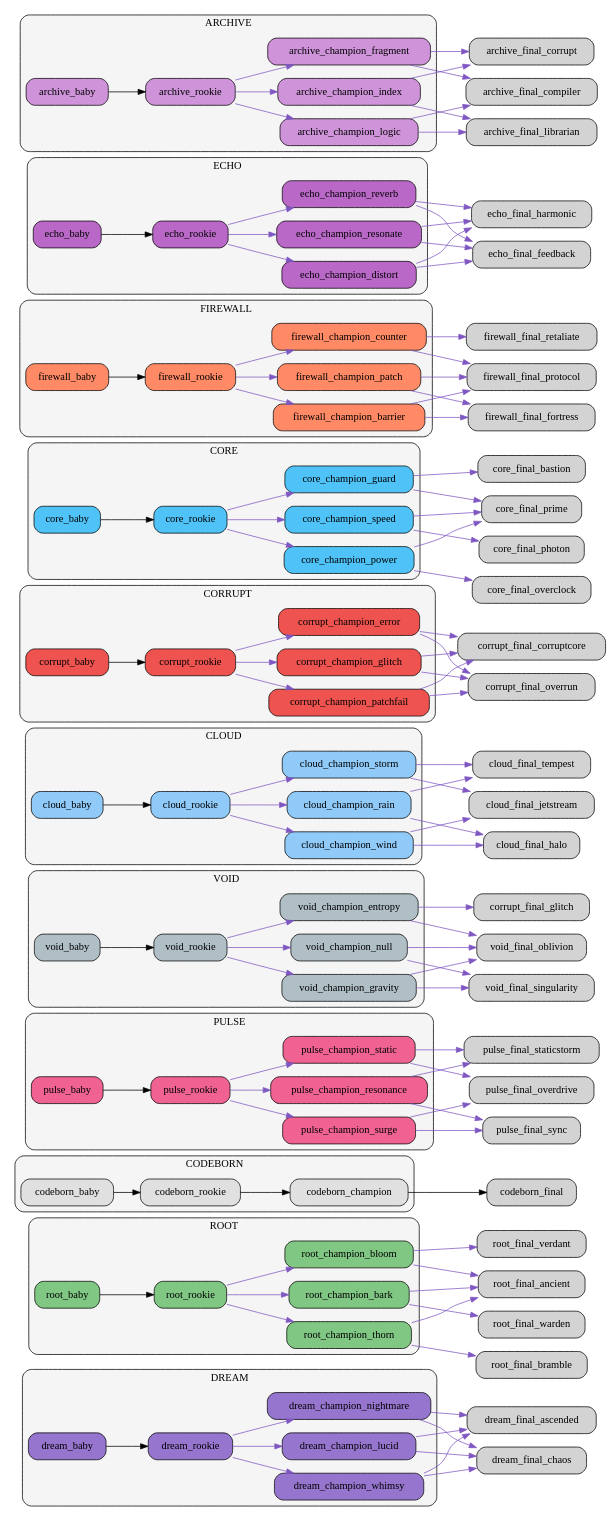
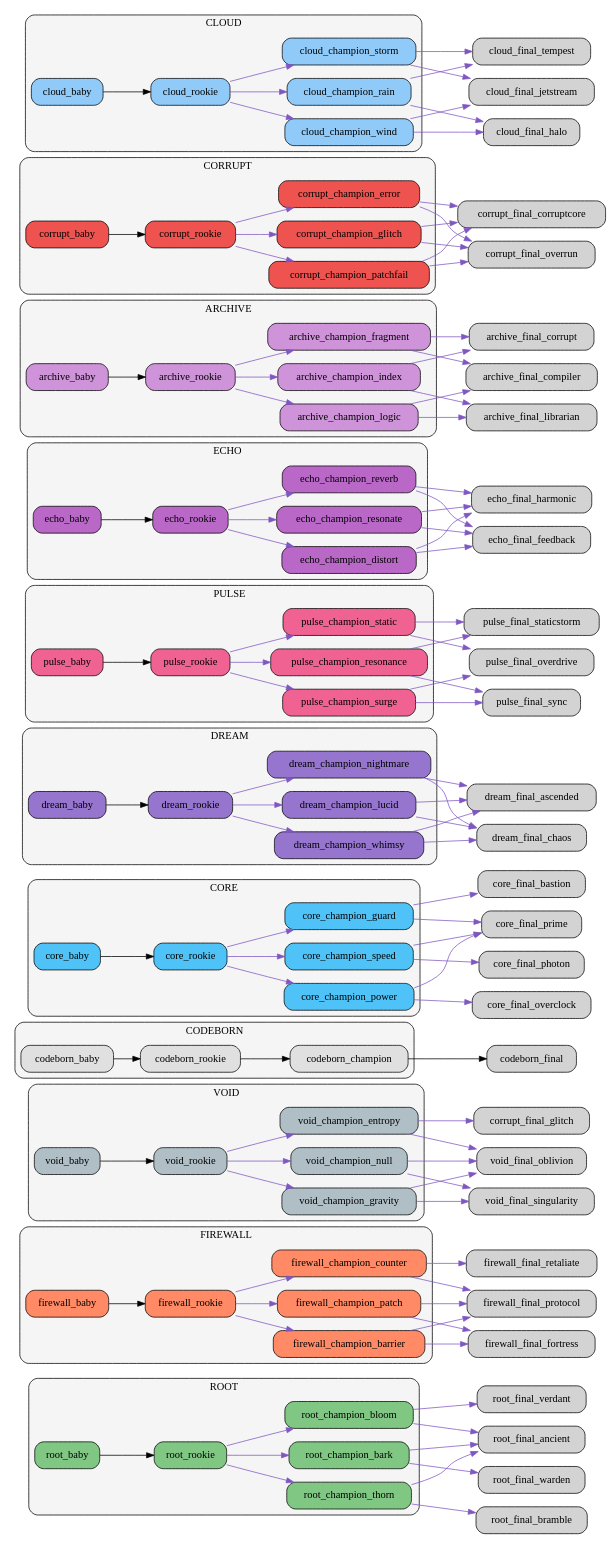
One commit to bwlight/NetGrid changed the diagram in src/netgrid/systems/evolution/graphs/clusters/evolution_clusters.dot. Above: the diagram before and after it, drawn with Graphviz. The commit also changed other lines of this file and 8 other files, not shown here.

Commit message:
Auto-update evolution graphs

```diff
--- a/src/netgrid/systems/evolution/graphs/clusters/evolution_clusters.dot
+++ b/src/netgrid/systems/evolution/graphs/clusters/evolution_clusters.dot
@@ -1,15 +1,6 @@
 digraph EvolutionTree {
   rankdir=LR;
   node [shape=box, style="rounded,filled"];
-  subgraph cluster_dream {
-    label="DREAM";
-    style="rounded,filled"; fillcolor="#f5f5f5";
-    "dream_baby" [fillcolor="#9575cd"];
-    "dream_rookie" [fillcolor="#9575cd"];
-    "dream_champion_lucid" [fillcolor="#9575cd"];
-    "dream_champion_nightmare" [fillcolor="#9575cd"];
-    "dream_champion_whimsy" [fillcolor="#9575cd"];
-  }
   subgraph cluster_root {
     label="ROOT";
     style="rounded,filled"; fillcolor="#f5f5f5";
@@ -19,21 +10,14 @@
     "root_champion_bloom" [fillcolor="#81c784"];
     "root_champion_bark" [fillcolor="#81c784"];
   }
-  subgraph cluster_codeborn {
-    label="CODEBORN";
+  subgraph cluster_firewall {
+    label="FIREWALL";
     style="rounded,filled"; fillcolor="#f5f5f5";
-    "codeborn_baby" [fillcolor="#e0e0e0"];
-    "codeborn_rookie" [fillcolor="#e0e0e0"];
-    "codeborn_champion" [fillcolor="#e0e0e0"];
-  }
-  subgraph cluster_pulse {
-    label="PULSE";
-    style="rounded,filled"; fillcolor="#f5f5f5";
-    "pulse_baby" [fillcolor="#f06292"];
-    "pulse_rookie" [fillcolor="#f06292"];
-    "pulse_champion_surge" [fillcolor="#f06292"];
-    "pulse_champion_resonance" [fillcolor="#f06292"];
-    "pulse_champion_static" [fillcolor="#f06292"];
+    "firewall_baby" [fillcolor="#ff8a65"];
+    "firewall_rookie" [fillcolor="#ff8a65"];
+    "firewall_champion_barrier" [fillcolor="#ff8a65"];
+    "firewall_champion_counter" [fillcolor="#ff8a65"];
+    "firewall_champion_patch" [fillcolor="#ff8a65"];
   }
   subgraph cluster_void {
     label="VOID";
@@ -44,23 +28,12 @@
     "void_champion_gravity" [fillcolor="#b0bec5"];
     "void_champion_null" [fillcolor="#b0bec5"];
   }
-  subgraph cluster_cloud {
-    label="CLOUD";
+  subgraph cluster_codeborn {
+    label="CODEBORN";
     style="rounded,filled"; fillcolor="#f5f5f5";
-    "cloud_baby" [fillcolor="#90caf9"];
-    "cloud_rookie" [fillcolor="#90caf9"];
-    "cloud_champion_wind" [fillcolor="#90caf9"];
-    "cloud_champion_rain" [fillcolor="#90caf9"];
-    "cloud_champion_storm" [fillcolor="#90caf9"];
-  }
-  subgraph cluster_corrupt {
-    label="CORRUPT";
-    style="rounded,filled"; fillcolor="#f5f5f5";
-    "corrupt_baby" [fillcolor="#ef5350"];
-    "corrupt_rookie" [fillcolor="#ef5350"];
-    "corrupt_champion_glitch" [fillcolor="#ef5350"];
-    "corrupt_champion_error" [fillcolor="#ef5350"];
-    "corrupt_champion_patchfail" [fillcolor="#ef5350"];
+    "codeborn_baby" [fillcolor="#e0e0e0"];
+    "codeborn_rookie" [fillcolor="#e0e0e0"];
+    "codeborn_champion" [fillcolor="#e0e0e0"];
   }
   subgraph cluster_core {
     label="CORE";
@@ -71,14 +44,23 @@
     "core_champion_guard" [fillcolor="#4fc3f7"];
     "core_champion_speed" [fillcolor="#4fc3f7"];
   }
-  subgraph cluster_firewall {
-    label="FIREWALL";
+  subgraph cluster_dream {
+    label="DREAM";
     style="rounded,filled"; fillcolor="#f5f5f5";
-    "firewall_baby" [fillcolor="#ff8a65"];
-    "firewall_rookie" [fillcolor="#ff8a65"];
-    "firewall_champion_barrier" [fillcolor="#ff8a65"];
-    "firewall_champion_counter" [fillcolor="#ff8a65"];
-    "firewall_champion_patch" [fillcolor="#ff8a65"];
+    "dream_baby" [fillcolor="#9575cd"];
+    "dream_rookie" [fillcolor="#9575cd"];
+    "dream_champion_lucid" [fillcolor="#9575cd"];
+    "dream_champion_nightmare" [fillcolor="#9575cd"];
+    "dream_champion_whimsy" [fillcolor="#9575cd"];
+  }
+  subgraph cluster_pulse {
+    label="PULSE";
+    style="rounded,filled"; fillcolor="#f5f5f5";
+    "pulse_baby" [fillcolor="#f06292"];
+    "pulse_rookie" [fillcolor="#f06292"];
+    "pulse_champion_surge" [fillcolor="#f06292"];
+    "pulse_champion_resonance" [fillcolor="#f06292"];
+    "pulse_champion_static" [fillcolor="#f06292"];
   }
   subgraph cluster_echo {
     label="ECHO";
@@ -98,6 +80,67 @@
     "archive_champion_index" [fillcolor="#ce93d8"];
     "archive_champion_fragment" [fillcolor="#ce93d8"];
   }
+  subgraph cluster_corrupt {
+    label="CORRUPT";
+    style="rounded,filled"; fillcolor="#f5f5f5";
+    "corrupt_baby" [fillcolor="#ef5350"];
+    "corrupt_rookie" [fillcolor="#ef5350"];
+    "corrupt_champion_glitch" [fillcolor="#ef5350"];
+    "corrupt_champion_error" [fillcolor="#ef5350"];
+    "corrupt_champion_patchfail" [fillcolor="#ef5350"];
+  }
+  subgraph cluster_cloud {
+    label="CLOUD";
+    style="rounded,filled"; fillcolor="#f5f5f5";
+    "cloud_baby" [fillcolor="#90caf9"];
+    "cloud_rookie" [fillcolor="#90caf9"];
+    "cloud_champion_wind" [fillcolor="#90caf9"];
+    "cloud_champion_rain" [fillcolor="#90caf9"];
+    "cloud_champion_storm" [fillcolor="#90caf9"];
+  }
+  "root_baby" -> "root_rookie";
+  "root_rookie" -> "root_champion_thorn" [color="#7e57c2"];
+  "root_rookie" -> "root_champion_bloom" [color="#7e57c2"];
+  "root_rookie" -> "root_champion_bark" [color="#7e57c2"];
+  "root_champion_thorn" -> "root_final_bramble" [color="#7e57c2"];
+  "root_champion_thorn" -> "root_final_ancient" [color="#7e57c2"];
+  "root_champion_bloom" -> "root_final_ancient" [color="#7e57c2"];
+  "root_champion_bloom" -> "root_final_verdant" [color="#7e57c2"];
+  "root_champion_bark" -> "root_final_warden" [color="#7e57c2"];
+  "root_champion_bark" -> "root_final_ancient" [color="#7e57c2"];
+  "firewall_baby" -> "firewall_rookie";
+  "firewall_rookie" -> "firewall_champion_barrier" [color="#7e57c2"];
+  "firewall_rookie" -> "firewall_champion_counter" [color="#7e57c2"];
+  "firewall_rookie" -> "firewall_champion_patch" [color="#7e57c2"];
+  "firewall_champion_barrier" -> "firewall_final_fortress" [color="#7e57c2"];
+  "firewall_champion_barrier" -> "firewall_final_protocol" [color="#7e57c2"];
+  "firewall_champion_counter" -> "firewall_final_retaliate" [color="#7e57c2"];
+  "firewall_champion_counter" -> "firewall_final_protocol" [color="#7e57c2"];
+  "firewall_champion_patch" -> "firewall_final_protocol" [color="#7e57c2"];
+  "firewall_champion_patch" -> "firewall_final_fortress" [color="#7e57c2"];
+  "void_baby" -> "void_rookie";
+  "void_rookie" -> "void_champion_entropy" [color="#7e57c2"];
+  "void_rookie" -> "void_champion_gravity" [color="#7e57c2"];
+  "void_rookie" -> "void_champion_null" [color="#7e57c2"];
+  "void_champion_entropy" -> "corrupt_final_glitch" [color="#7e57c2"];
+  "void_champion_entropy" -> "void_final_oblivion" [color="#7e57c2"];
+  "void_champion_gravity" -> "void_final_singularity" [color="#7e57c2"];
+  "void_champion_gravity" -> "void_final_oblivion" [color="#7e57c2"];
+  "void_champion_null" -> "void_final_oblivion" [color="#7e57c2"];
+  "void_champion_null" -> "void_final_singularity" [color="#7e57c2"];
+  "codeborn_baby" -> "codeborn_rookie";
+  "codeborn_rookie" -> "codeborn_champion";
+  "codeborn_champion" -> "codeborn_final";
+  "core_baby" -> "core_rookie";
+  "core_rookie" -> "core_champion_power" [color="#7e57c2"];
+  "core_rookie" -> "core_champion_guard" [color="#7e57c2"];
+  "core_rookie" -> "core_champion_speed" [color="#7e57c2"];
+  "core_champion_power" -> "core_final_overclock" [color="#7e57c2"];
+  "core_champion_power" -> "core_final_prime" [color="#7e57c2"];
+  "core_champion_guard" -> "core_final_bastion" [color="#7e57c2"];
+  "core_champion_guard" -> "core_final_prime" [color="#7e57c2"];
+  "core_champion_speed" -> "core_final_photon" [color="#7e57c2"];
+  "core_champion_speed" -> "core_final_prime" [color="#7e57c2"];
   "dream_baby" -> "dream_rookie";
   "dream_rookie" -> "dream_champion_lucid" [color="#7e57c2"];
   "dream_rookie" -> "dream_champion_nightmare" [color="#7e57c2"];
@@ -108,19 +151,6 @@
   "dream_champion_nightmare" -> "dream_final_ascended" [color="#7e57c2"];
   "dream_champion_whimsy" -> "dream_final_ascended" [color="#7e57c2"];
   "dream_champion_whimsy" -> "dream_final_chaos" [color="#7e57c2"];
-  "root_baby" -> "root_rookie";
-  "root_rookie" -> "root_champion_thorn" [color="#7e57c2"];
-  "root_rookie" -> "root_champion_bloom" [color="#7e57c2"];
-  "root_rookie" -> "root_champion_bark" [color="#7e57c2"];
-  "root_champion_thorn" -> "root_final_bramble" [color="#7e57c2"];
-  "root_champion_thorn" -> "root_final_ancient" [color="#7e57c2"];
-  "root_champion_bloom" -> "root_final_ancient" [color="#7e57c2"];
-  "root_champion_bloom" -> "root_final_verdant" [color="#7e57c2"];
-  "root_champion_bark" -> "root_final_warden" [color="#7e57c2"];
-  "root_champion_bark" -> "root_final_ancient" [color="#7e57c2"];
-  "codeborn_baby" -> "codeborn_rookie";
-  "codeborn_rookie" -> "codeborn_champion";
-  "codeborn_champion" -> "codeborn_final";
   "pulse_baby" -> "pulse_rookie";
   "pulse_rookie" -> "pulse_champion_surge" [color="#7e57c2"];
   "pulse_rookie" -> "pulse_champion_resonance" [color="#7e57c2"];
@@ -131,56 +161,6 @@
   "pulse_champion_resonance" -> "pulse_final_staticstorm" [color="#7e57c2"];
   "pulse_champion_static" -> "pulse_final_staticstorm" [color="#7e57c2"];
   "pulse_champion_static" -> "pulse_final_overdrive" [color="#7e57c2"];
-  "void_baby" -> "void_rookie";
-  "void_rookie" -> "void_champion_entropy" [color="#7e57c2"];
-  "void_rookie" -> "void_champion_gravity" [color="#7e57c2"];
-  "void_rookie" -> "void_champion_null" [color="#7e57c2"];
-  "void_champion_entropy" -> "corrupt_final_glitch" [color="#7e57c2"];
-  "void_champion_entropy" -> "void_final_oblivion" [color="#7e57c2"];
-  "void_champion_gravity" -> "void_final_singularity" [color="#7e57c2"];
-  "void_champion_gravity" -> "void_final_oblivion" [color="#7e57c2"];
-  "void_champion_null" -> "void_final_oblivion" [color="#7e57c2"];
-  "void_champion_null" -> "void_final_singularity" [color="#7e57c2"];
-  "cloud_baby" -> "cloud_rookie";
-  "cloud_rookie" -> "cloud_champion_wind" [color="#7e57c2"];
-  "cloud_rookie" -> "cloud_champion_rain" [color="#7e57c2"];
-  "cloud_rookie" -> "cloud_champion_storm" [color="#7e57c2"];
-  "cloud_champion_wind" -> "cloud_final_jetstream" [color="#7e57c2"];
-  "cloud_champion_wind" -> "cloud_final_halo" [color="#7e57c2"];
-  "cloud_champion_rain" -> "cloud_final_halo" [color="#7e57c2"];
-  "cloud_champion_rain" -> "cloud_final_tempest" [color="#7e57c2"];
-  "cloud_champion_storm" -> "cloud_final_tempest" [color="#7e57c2"];
-  "cloud_champion_storm" -> "cloud_final_jetstream" [color="#7e57c2"];
-  "corrupt_baby" -> "corrupt_rookie";
-  "corrupt_rookie" -> "corrupt_champion_glitch" [color="#7e57c2"];
-  "corrupt_rookie" -> "corrupt_champion_error" [color="#7e57c2"];
-  "corrupt_rookie" -> "corrupt_champion_patchfail" [color="#7e57c2"];
-  "corrupt_champion_glitch" -> "corrupt_final_corruptcore" [color="#7e57c2"];
-  "corrupt_champion_glitch" -> "corrupt_final_overrun" [color="#7e57c2"];
-  "corrupt_champion_error" -> "corrupt_final_overrun" [color="#7e57c2"];
-  "corrupt_champion_error" -> "corrupt_final_corruptcore" [color="#7e57c2"];
-  "corrupt_champion_patchfail" -> "corrupt_final_corruptcore" [color="#7e57c2"];
-  "corrupt_champion_patchfail" -> "corrupt_final_overrun" [color="#7e57c2"];
-  "core_baby" -> "core_rookie";
-  "core_rookie" -> "core_champion_power" [color="#7e57c2"];
-  "core_rookie" -> "core_champion_guard" [color="#7e57c2"];
-  "core_rookie" -> "core_champion_speed" [color="#7e57c2"];
-  "core_champion_power" -> "core_final_overclock" [color="#7e57c2"];
-  "core_champion_power" -> "core_final_prime" [color="#7e57c2"];
-  "core_champion_guard" -> "core_final_bastion" [color="#7e57c2"];
-  "core_champion_guard" -> "core_final_prime" [color="#7e57c2"];
-  "core_champion_speed" -> "core_final_photon" [color="#7e57c2"];
-  "core_champion_speed" -> "core_final_prime" [color="#7e57c2"];
-  "firewall_baby" -> "firewall_rookie";
-  "firewall_rookie" -> "firewall_champion_barrier" [color="#7e57c2"];
-  "firewall_rookie" -> "firewall_champion_counter" [color="#7e57c2"];
-  "firewall_rookie" -> "firewall_champion_patch" [color="#7e57c2"];
-  "firewall_champion_barrier" -> "firewall_final_fortress" [color="#7e57c2"];
-  "firewall_champion_barrier" -> "firewall_final_protocol" [color="#7e57c2"];
-  "firewall_champion_counter" -> "firewall_final_retaliate" [color="#7e57c2"];
-  "firewall_champion_counter" -> "firewall_final_protocol" [color="#7e57c2"];
-  "firewall_champion_patch" -> "firewall_final_protocol" [color="#7e57c2"];
-  "firewall_champion_patch" -> "firewall_final_fortress" [color="#7e57c2"];
   "echo_baby" -> "echo_rookie";
   "echo_rookie" -> "echo_champion_resonate" [color="#7e57c2"];
   "echo_rookie" -> "echo_champion_reverb" [color="#7e57c2"];
@@ -201,4 +181,24 @@
   "archive_champion_index" -> "archive_final_corrupt" [color="#7e57c2"];
   "archive_champion_fragment" -> "archive_final_corrupt" [color="#7e57c2"];
   "archive_champion_fragment" -> "archive_final_compiler" [color="#7e57c2"];
+  "corrupt_baby" -> "corrupt_rookie";
+  "corrupt_rookie" -> "corrupt_champion_glitch" [color="#7e57c2"];
+  "corrupt_rookie" -> "corrupt_champion_error" [color="#7e57c2"];
+  "corrupt_rookie" -> "corrupt_champion_patchfail" [color="#7e57c2"];
+  "corrupt_champion_glitch" -> "corrupt_final_corruptcore" [color="#7e57c2"];
+  "corrupt_champion_glitch" -> "corrupt_final_overrun" [color="#7e57c2"];
+  "corrupt_champion_error" -> "corrupt_final_overrun" [color="#7e57c2"];
+  "corrupt_champion_error" -> "corrupt_final_corruptcore" [color="#7e57c2"];
+  "corrupt_champion_patchfail" -> "corrupt_final_corruptcore" [color="#7e57c2"];
+  "corrupt_champion_patchfail" -> "corrupt_final_overrun" [color="#7e57c2"];
+  "cloud_baby" -> "cloud_rookie";
+  "cloud_rookie" -> "cloud_champion_wind" [color="#7e57c2"];
+  "cloud_rookie" -> "cloud_champion_rain" [color="#7e57c2"];
+  "cloud_rookie" -> "cloud_champion_storm" [color="#7e57c2"];
+  "cloud_champion_wind" -> "cloud_final_jetstream" [color="#7e57c2"];
+  "cloud_champion_wind" -> "cloud_final_halo" [color="#7e57c2"];
+  "cloud_champion_rain" -> "cloud_final_halo" [color="#7e57c2"];
+  "cloud_champion_rain" -> "cloud_final_tempest" [color="#7e57c2"];
+  "cloud_champion_storm" -> "cloud_final_tempest" [color="#7e57c2"];
+  "cloud_champion_storm" -> "cloud_final_jetstream" [color="#7e57c2"];
 }
```
